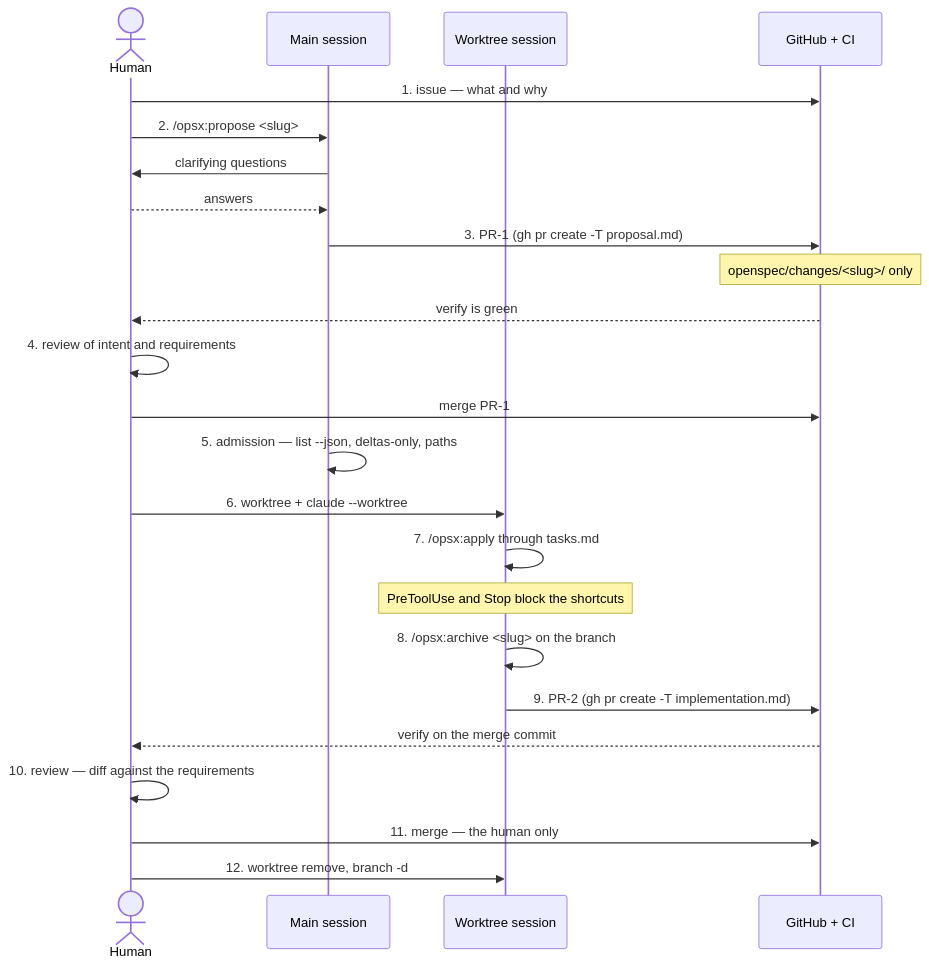
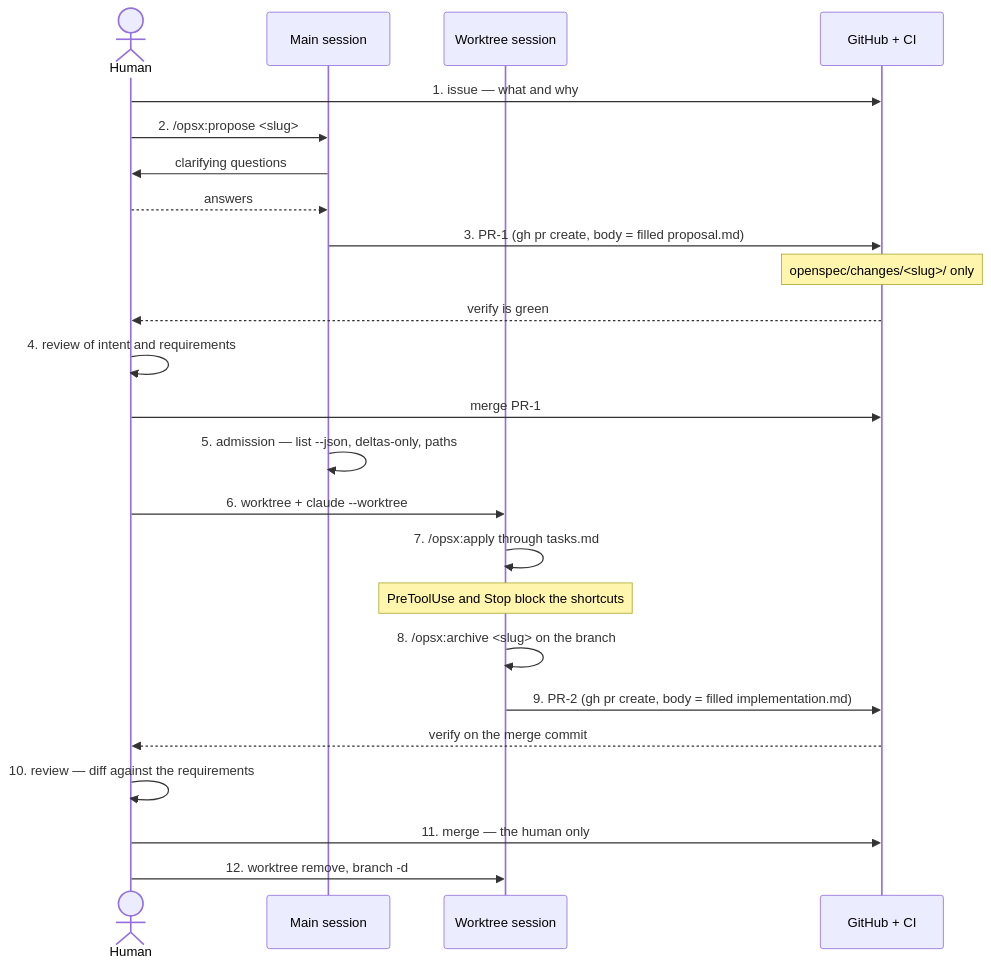
One commit to dmitrytut/esport-tycoon changed the diagram in docs/process/feature-dev-process.md. Above: the diagram before and after it, drawn with Mermaid. The commit also changed other lines of this file and 2 other files, not shown here.

````diff
--- a/docs/process/feature-dev-process.md
+++ b/docs/process/feature-dev-process.md
@@ -20,28 +20,28 @@
 ```mermaid
 sequenceDiagram
     actor H as Human
     participant M as Main session
     participant W as Worktree session
     participant G as GitHub + CI
 
     H->>G: 1. issue — what and why
     H->>M: 2. /opsx:propose <slug>
     M->>H: clarifying questions
     H-->>M: answers
-    M->>G: 3. PR-1 (gh pr create -T proposal.md)
+    M->>G: 3. PR-1 (gh pr create, body = filled proposal.md)
     Note over G: openspec/changes/<slug>/ only
     G-->>H: verify is green
     H->>H: 4. review of intent and requirements
     H->>G: merge PR-1
 
     M->>M: 5. admission — list --json, deltas-only, paths
     H->>W: 6. worktree + claude --worktree
     W->>W: 7. /opsx:apply through tasks.md
     Note over W: PreToolUse and Stop block the shortcuts
     W->>W: 8. /opsx:archive <slug> on the branch
-    W->>G: 9. PR-2 (gh pr create -T implementation.md)
+    W->>G: 9. PR-2 (gh pr create, body = filled implementation.md)
     G-->>H: verify on the merge commit
     H->>H: 10. review — diff against the requirements
     H->>G: 11. merge — the human only
     H->>W: 12. worktree remove, branch -d
 ```
````
